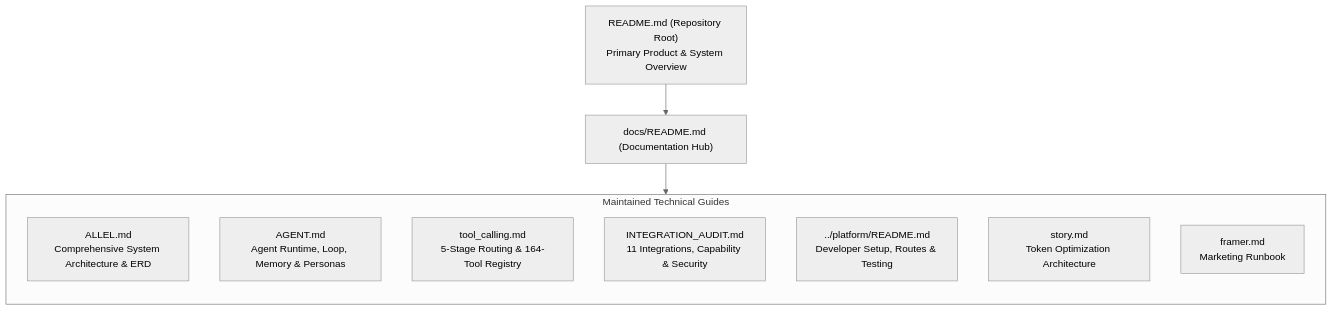
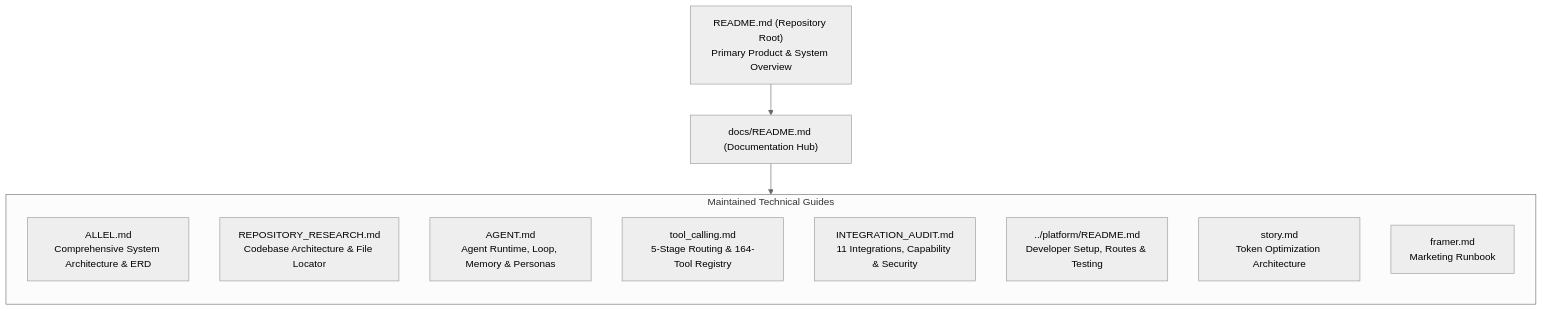
One commit to kushagarasingh9-oss/Allel changed the diagram in docs/README.md. Above: the diagram before and after it, drawn with Mermaid (neutral theme). The commit also changed other lines of this file and 6 other files, not shown here.

Commit message:
docs: add reviewer codebase architecture and file locator guides to docs

````diff
--- a/docs/README.md
+++ b/docs/README.md
@@ -10,17 +10,18 @@
 ```mermaid
 flowchart TB
     Root["README.md (Repository Root)<br/>Primary Product & System Overview"] --> Hub["docs/README.md (Documentation Hub)"]
 
     subgraph Maintained["Maintained Technical Guides"]
         direction TB
         Arch["ALLEL.md<br/>Comprehensive System Architecture & ERD"]
+        RepoDoc["REPOSITORY_RESEARCH.md<br/>Codebase Architecture & File Locator"]
         AgentDoc["AGENT.md<br/>Agent Runtime, Loop, Memory & Personas"]
         ToolsDoc["tool_calling.md<br/>5-Stage Routing & 164-Tool Registry"]
         AuditDoc["INTEGRATION_AUDIT.md<br/>11 Integrations, Capability & Security"]
         PlatformDoc["../platform/README.md<br/>Developer Setup, Routes & Testing"]
         StoryDoc["story.md<br/>Token Optimization Architecture"]
         FramerDoc["framer.md<br/>Marketing Runbook"]
     end
 
     Hub --> Maintained
 ```
````
